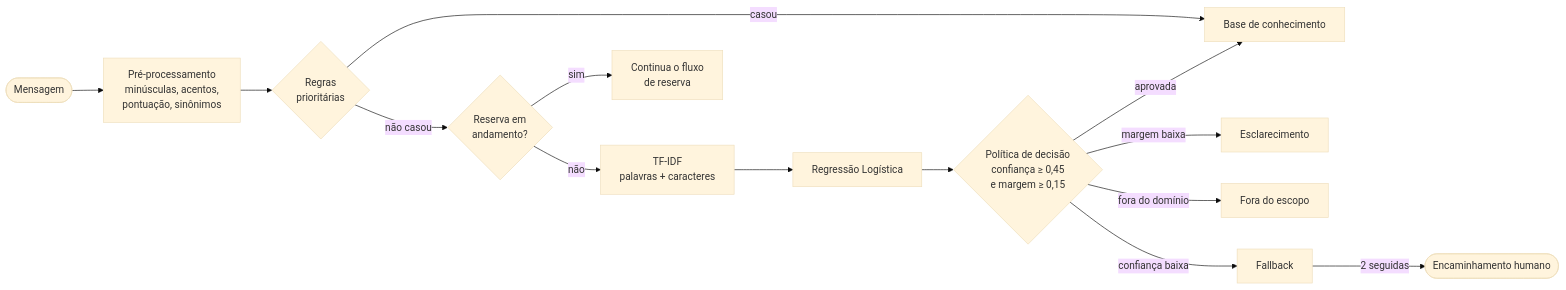
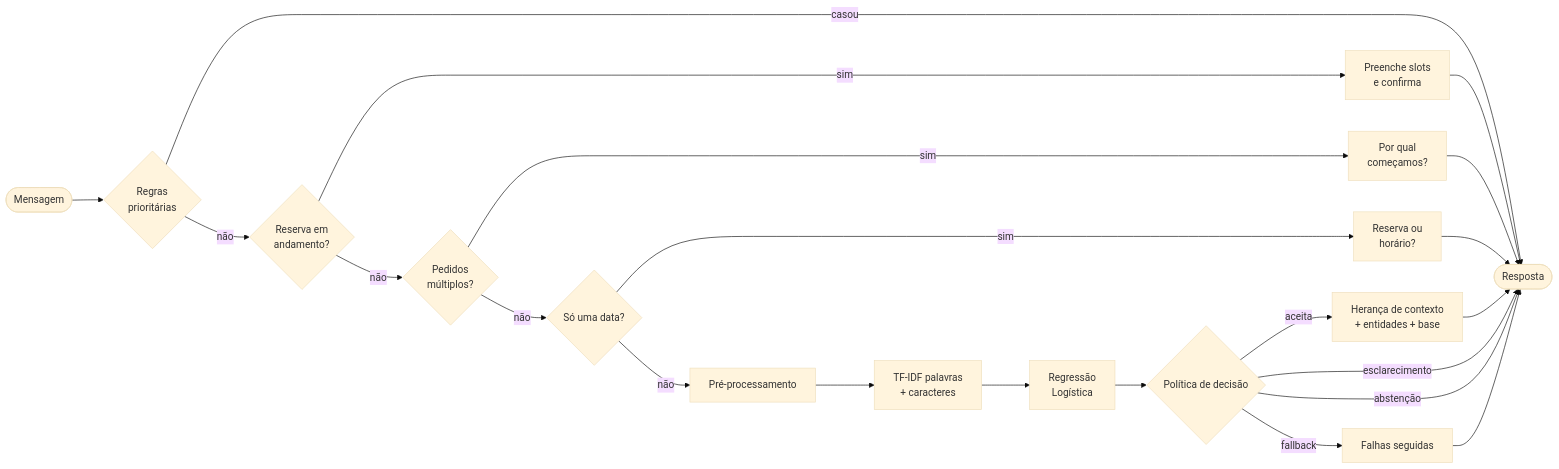
Before and after one commit to LucasdaCosta04/maresia-chatbot: the diagram in README.md, drawn with Mermaid (base theme). The commit also changed other lines of this file and 1 other file, not shown here.

````diff
--- a/README.md
+++ b/README.md
@@ -43,16 +54,17 @@
 ```mermaid
 flowchart LR
-    A([Mensagem]) --> B[Pré-processamento<br/>minúsculas, acentos,<br/>pontuação, sinônimos]
-    B --> C{Regras<br/>prioritárias}
-    C -- casou --> K[Base de conhecimento]
-    C -- não casou --> D{Reserva em<br/>andamento?}
-    D -- sim --> R[Continua o fluxo<br/>de reserva]
-    D -- não --> E[TF-IDF<br/>palavras + caracteres]
-    E --> F[Regressão Logística]
-    F --> G{Política de decisão<br/>confiança ≥ 0,45<br/>e margem ≥ 0,15}
-    G -- aprovada --> K
-    G -- margem baixa --> L[Esclarecimento]
-    G -- fora do domínio --> M[Fora do escopo]
-    G -- confiança baixa --> N[Fallback]
-    N -- 2 seguidas --> H([Encaminhamento humano])
+    A([Mensagem]) --> C{Regras<br/>prioritárias}
+    C -- casou --> Z([Resposta])
+    C -- não --> D{Reserva em<br/>andamento?}
+    D -- sim --> R[Preenche slots<br/>e confirma] --> Z
+    D -- não --> M{Pedidos<br/>múltiplos?}
+    M -- sim --> Q[Por qual<br/>começamos?] --> Z
+    M -- não --> S{Só uma data?}
+    S -- sim --> Q2[Reserva ou<br/>horário?] --> Z
+    S -- não --> P[Pré-processamento] --> T[TF-IDF palavras<br/>+ caracteres] --> L[Regressão<br/>Logística]
+    L --> G{Política de decisão}
+    G -- aceita --> H[Herança de contexto<br/>+ entidades + base] --> Z
+    G -- esclarecimento --> Z
+    G -- abstenção --> Z
+    G -- fallback --> F[Falhas seguidas] --> Z
 ```
````
